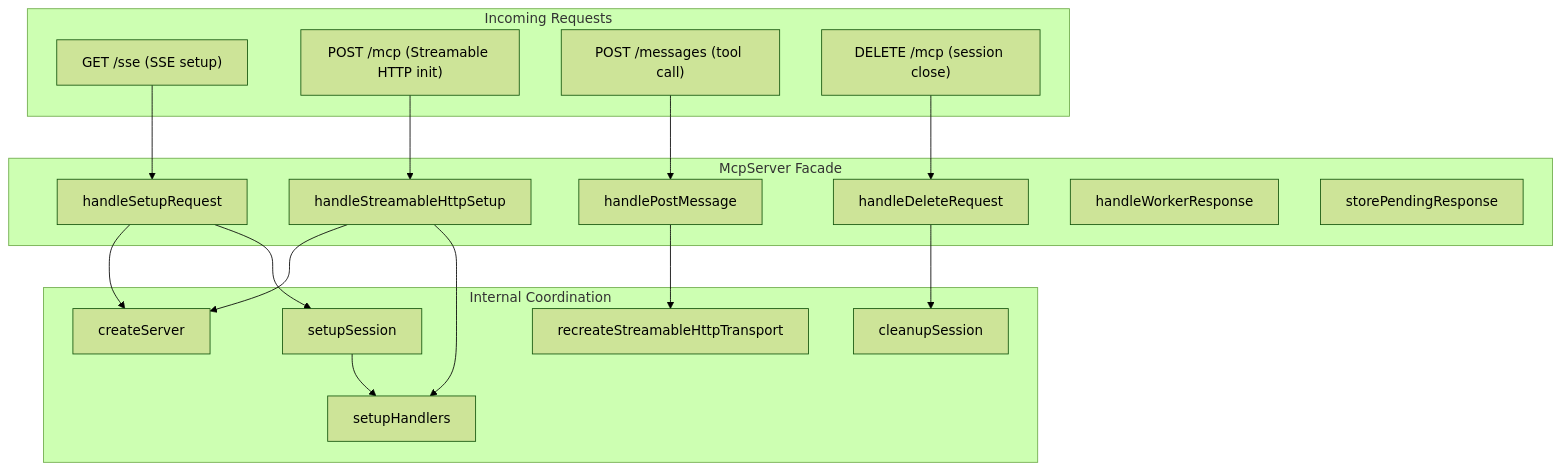
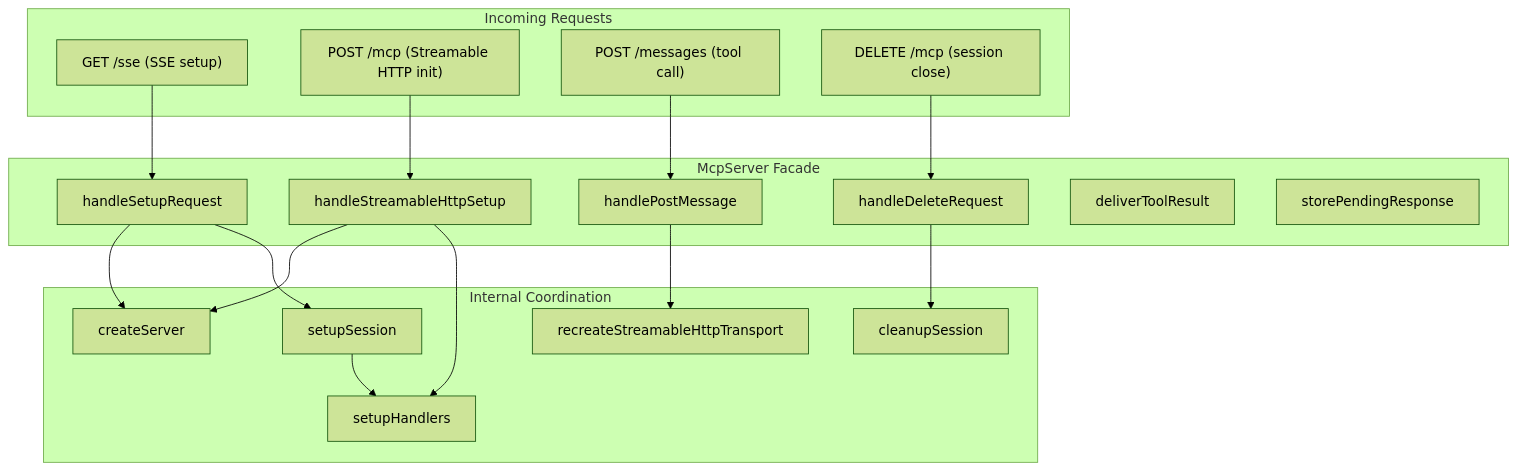
The second of 11 diagrams in packages/@n8n/nodes-langchain/nodes/mcp/McpTrigger/README.md (mayankjain1815-commits/n8n), drawn with Mermaid (forest theme) before and after one commit. The commit also changed other lines of this file and 34 other files, not shown here.

````diff
--- a/packages/@n8n/nodes-langchain/nodes/mcp/McpTrigger/README.md
+++ b/packages/@n8n/nodes-langchain/nodes/mcp/McpTrigger/README.md
@@ -103,40 +97,40 @@
 ```mermaid
 flowchart TB
     subgraph Incoming["Incoming Requests"]
         GET["GET /sse (SSE setup)"]
         POST_INIT["POST /mcp (Streamable HTTP init)"]
         POST_MSG["POST /messages (tool call)"]
         DELETE["DELETE /mcp (session close)"]
     end
 
     subgraph McpServer["McpServer Facade"]
         HandleSetup[handleSetupRequest]
         HandleStreamable[handleStreamableHttpSetup]
         HandlePost[handlePostMessage]
         HandleDelete[handleDeleteRequest]
-        HandleWorker[handleWorkerResponse]
+        Deliver[deliverToolResult]
         StorePending[storePendingResponse]
     end
 
     subgraph Internal["Internal Coordination"]
         CreateServer[createServer]
         SetupSession[setupSession]
         SetupHandlers[setupHandlers]
         CleanupSession[cleanupSession]
         RecreateTransport[recreateStreamableHttpTransport]
     end
 
     GET --> HandleSetup
     POST_INIT --> HandleStreamable
     POST_MSG --> HandlePost
     DELETE --> HandleDelete
 
     HandleSetup --> CreateServer
     HandleSetup --> SetupSession
     HandleStreamable --> CreateServer
     HandleStreamable --> SetupHandlers
     HandlePost --> RecreateTransport
     HandleDelete --> CleanupSession
 
     SetupSession --> SetupHandlers
 ```
````
